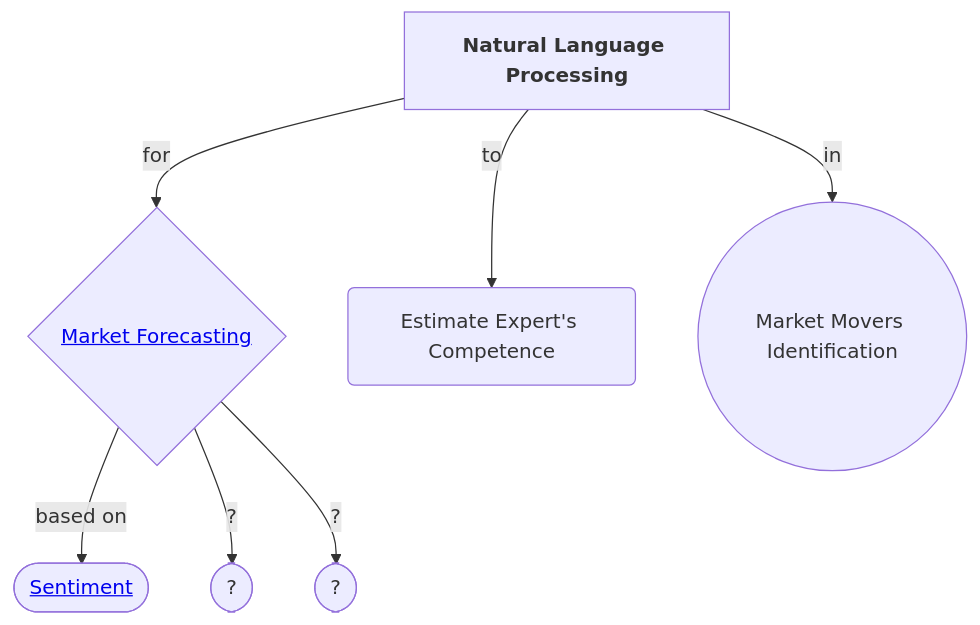
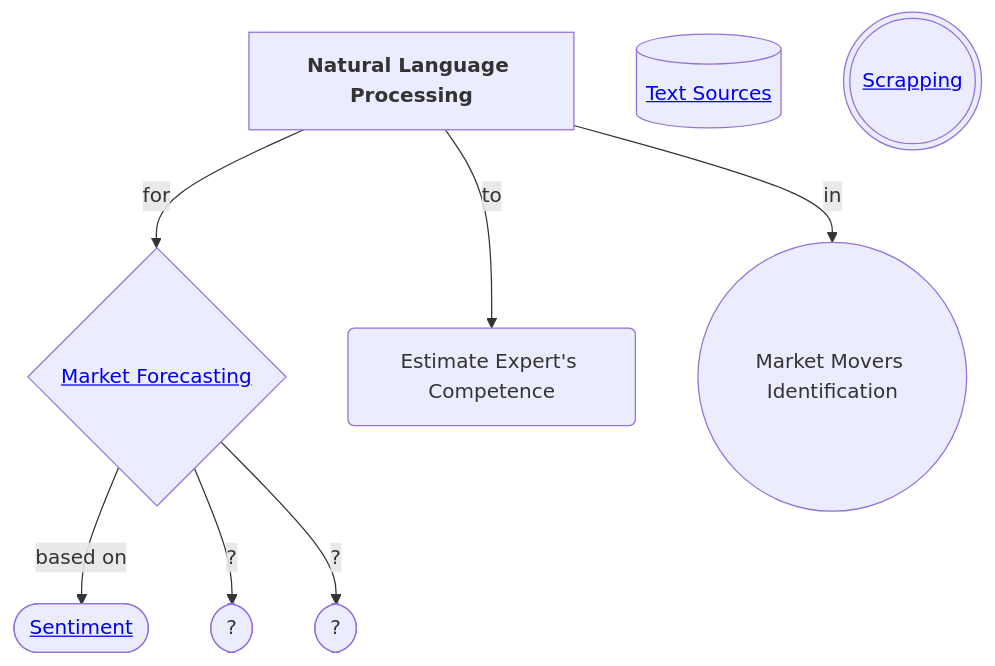
The diagram in README.md (completelyboofyblitzed/STOCK-MARKET-NLP), drawn with Mermaid before and after one commit. The commit also changed other lines of this file, not shown here.

````diff
--- a/README.md
+++ b/README.md
@@ -3,15 +3,18 @@
 ```mermaid
 graph TD
-    %% A[<b>NLP</b>] -->|for| C{Market Forecasting}
+    %% styling the nodes and arrors https://dompl.medium.com/produce-great-looking-flowcharts-in-seconds-7f3bea64f2e2
+    %% mermaid editor https://mermaid.live
     A[<b>Natural Language Processing</b>] -->|for| C{<a href='https://github.com/completelyboofyblitzed/NLP-in-STOCK-MARKET/blob/main/README.md#market-forecasting'>Market Forecasting</a>} 
+    J[(<a href='https://github.com/completelyboofyblitzed/NLP-in-STOCK-MARKET/blob/main/README.md#text-sources'>Text Sources</a>)]
+    H(((<a href='https://github.com/completelyboofyblitzed/NLP-in-STOCK-MARKET/blob/main/README.md#scrapping'>Scrapping</a>)))
     A -->|to| G(Estimate Expert's Competence)
     A -->|in| B((Market Movers Identification))
     C -->|based on| D([<a href='https://github.com/completelyboofyblitzed/NLP-in-STOCK-MARKET/blob/main/README.md#sentiment-based'>Sentiment</a>])
     C -->|?| E([?])
     C -->|?| F([?])
     %% click A callback "Tooltip for a callback"
     
     %% click C "https://github.com/completelyboofyblitzed/NLP-in-STOCK-MARKET/blob/main/README.md#market-forecasting" "This is a tooltip for a link"
     %% click D "https://github.com/completelyboofyblitzed/NLP-for-stocks#sentiment-based"
     %% click B href "http://www.github.com" "This is a tooltip for a link"
 ```
````
